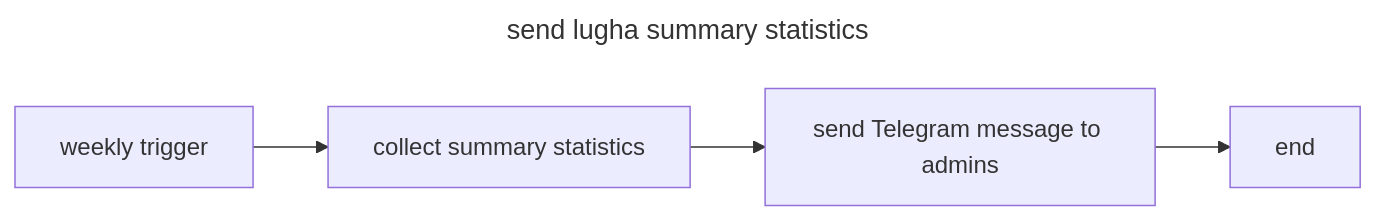
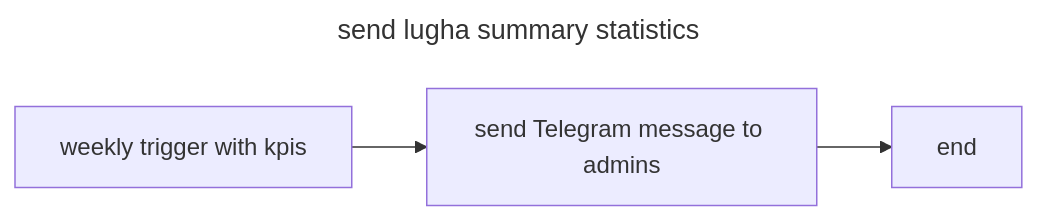
One commit to khaldoun-xyz/standard changed the third of 3 diagrams in docs/processes.md. Above: the diagram before and after it, drawn with Mermaid. The commit also changed other lines of this file, not shown here.

Commit message:
split monitoring: summary stats

```diff
--- a/docs/processes.md
+++ b/docs/processes.md
@@ -112,9 +112,8 @@
 ~~~mermaid
 ---
 title: send lugha summary statistics
 ---
 flowchart LR
-  A[weekly trigger] --> B[collect summary statistics] 
-  B --> C[send Telegram message to admins]
-  C --> D[end]
+  A[weekly trigger with kpis] --> B[send Telegram message to admins]
+  B --> C[end]
 ~~~
```
